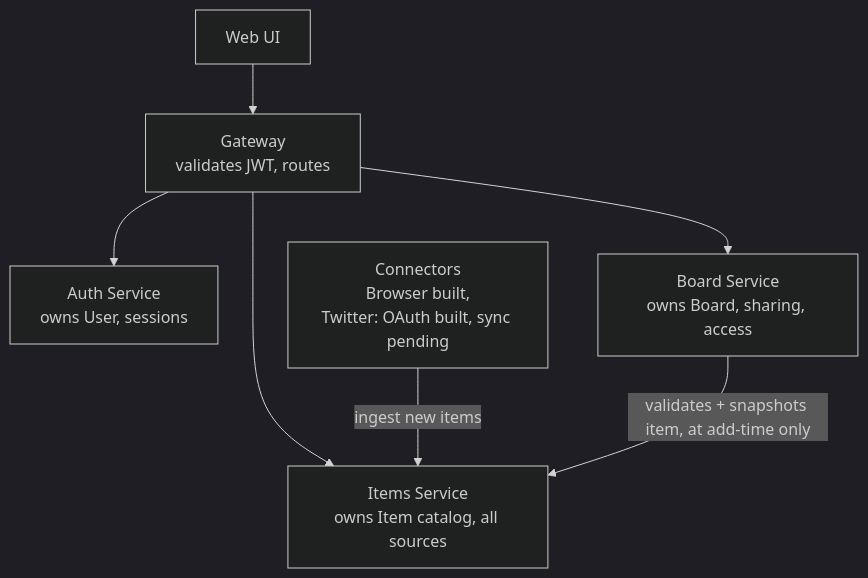
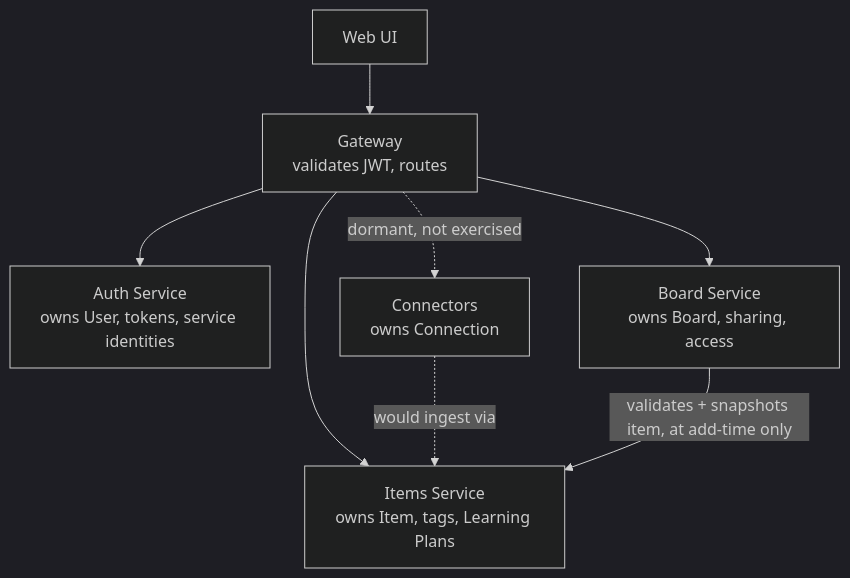
One commit to mehulp/study-hub changed the third of 4 diagrams in docs/study-hub-architecture.md. Above: the diagram before and after it, drawn with Mermaid (dark theme). The commit also changed other lines of this file and 14 other files, not shown here.

First line of the commit message:
Documentation audit: tighten architecture doc, add learning pack, new README

````diff
--- a/docs/study-hub-architecture.md
+++ b/docs/study-hub-architecture.md
@@ -133,9 +153,10 @@
 ```mermaid
 flowchart TD
     UI[Web UI] --> GW[Gateway<br/>validates JWT, routes]
-    GW --> AUTH[Auth Service<br/>owns User, sessions]
-    GW --> ITEMS[Items Service<br/>owns Item catalog, all sources]
+    GW --> AUTH[Auth Service<br/>owns User, tokens, service identities]
+    GW --> ITEMS[Items Service<br/>owns Item, tags, Learning Plans]
     GW --> BOARD[Board Service<br/>owns Board, sharing, access]
-    CONN[Connectors<br/>Browser built,<br/>Twitter: OAuth built, sync pending] -->|ingest new items| ITEMS
+    GW -.->|dormant, not exercised| CONN[Connectors<br/>owns Connection]
+    CONN -.->|would ingest via| ITEMS
     BOARD -->|validates + snapshots item, at add-time only| ITEMS
 ```
````
